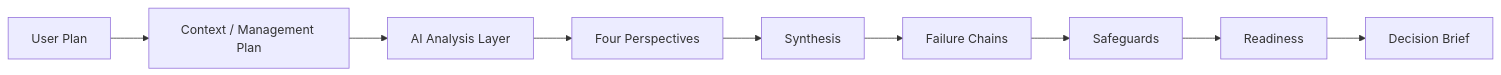
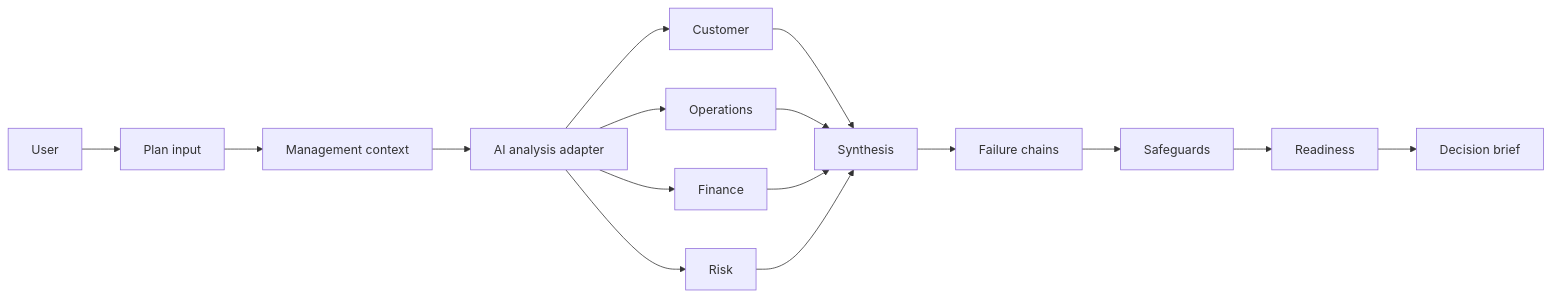
The first of 2 diagrams in docs/ARCHITECTURE.md (kaulastudies/failuretwin-ai), drawn with Mermaid before and after one commit. The commit also changed other lines of this file and 18 other files, not shown here.

````diff
--- a/docs/ARCHITECTURE.md
+++ b/docs/ARCHITECTURE.md
@@ -5,11 +5,18 @@
 ```mermaid
 flowchart LR
-    U[User Plan] --> C[Context / Management Plan]
-    C --> A[AI Analysis Layer]
-    A --> P[Four Perspectives]
-    P --> S[Synthesis]
-    S --> F[Failure Chains]
-    F --> G[Safeguards]
-    G --> R[Readiness]
-    R --> D[Decision Brief]
+    U["User"] --> P["Plan input"]
+    P --> M["Management context"]
+    M --> A["AI analysis adapter"]
+    A --> C["Customer"]
+    A --> O["Operations"]
+    A --> F["Finance"]
+    A --> R["Risk"]
+    C --> S["Synthesis"]
+    O --> S
+    F --> S
+    R --> S
+    S --> FC["Failure chains"]
+    FC --> SG["Safeguards"]
+    SG --> RD["Readiness"]
+    RD --> DB["Decision brief"]
 ```
````
